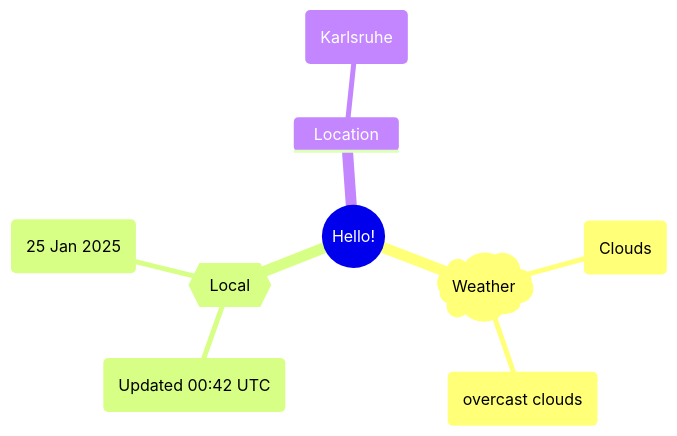
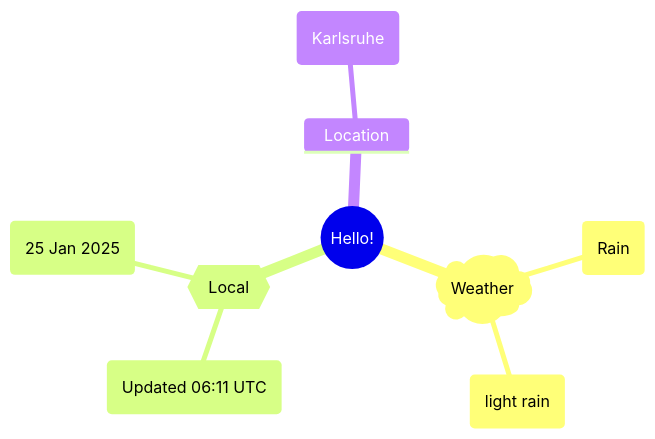
Before and after one commit to Xosrov/Xosrov: the first of 2 diagrams in README.md, drawn with Mermaid.

Commit message:
[bot] updated images

````diff
--- a/README.md
+++ b/README.md
@@ -3,12 +3,12 @@
 ```mermaid
 mindmap
   root((Hello!))
     )Weather(
-        (Clouds)
-        (overcast clouds)
+        (Rain)
+        (light rain)
     {{Local}}
-        (Updated 00:42 UTC)
+        (Updated 06:11 UTC)
         (25 Jan 2025)
     Location
         (Karlsruhe)
 ```
````
